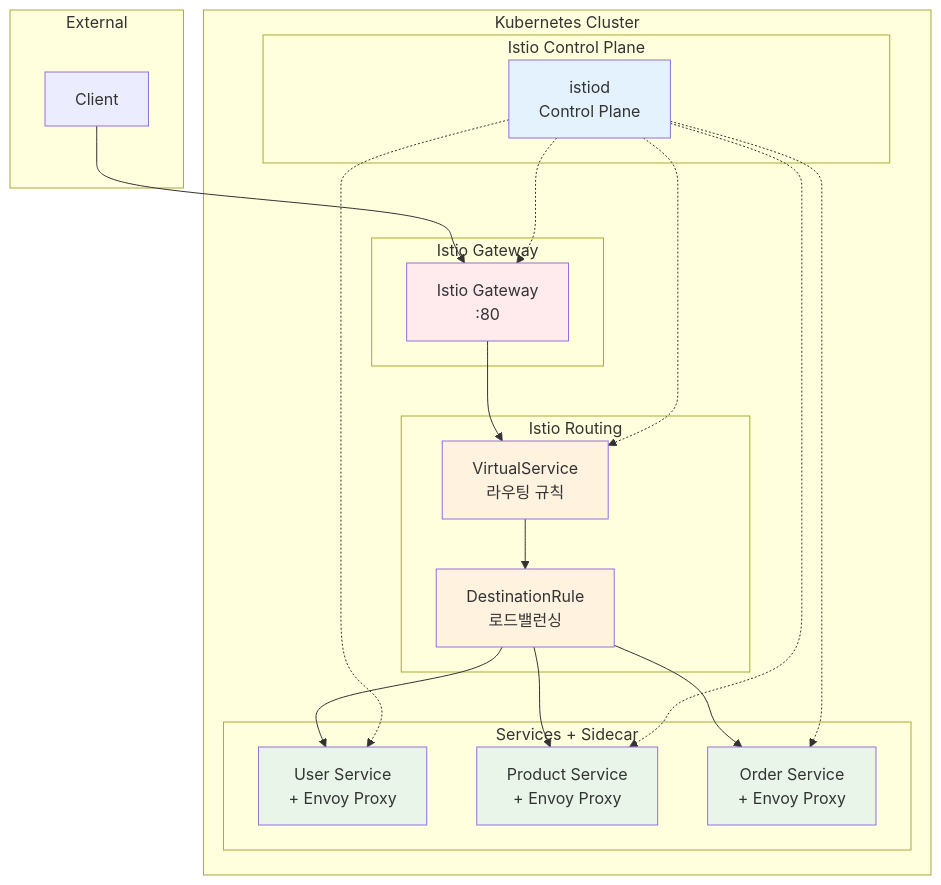
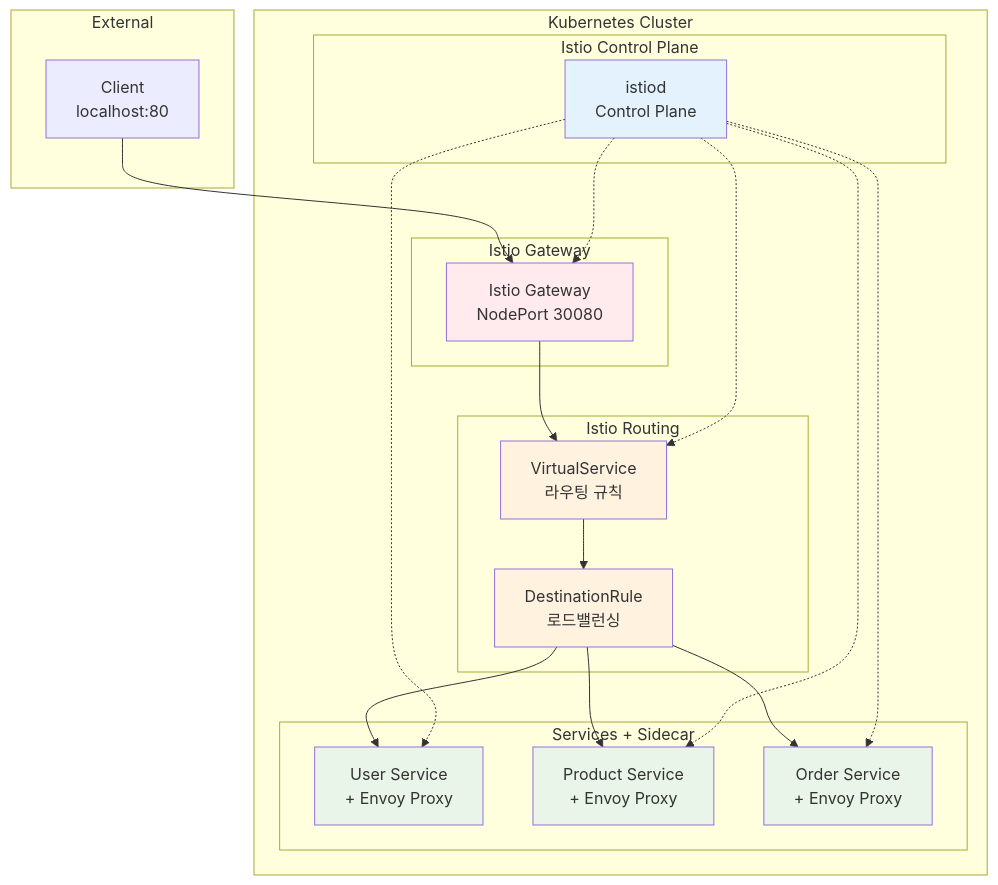
One commit to niceguy61/kdt_devops_lecture_2025 changed the diagram in theory/week_04/day2/lab_1.md. Above: the diagram before and after it, drawn with Mermaid. The commit also changed other lines of this file, not shown here.

````diff
--- a/theory/week_04/day2/lab_1.md
+++ b/theory/week_04/day2/lab_1.md
@@ -37,48 +37,48 @@
 ```mermaid
 graph TB
     subgraph "External"
-        C[Client]
+        C[Client<br/>localhost:80]
     end
     
     subgraph "Kubernetes Cluster"
         subgraph "Istio Control Plane"
             ISTIOD[istiod<br/>Control Plane]
         end
         
         subgraph "Istio Gateway"
-            IG[Istio Gateway<br/>:80]
+            IG[Istio Gateway<br/>NodePort 30080]
         end
         
         subgraph "Istio Routing"
             VS[VirtualService<br/>라우팅 규칙]
             DR[DestinationRule<br/>로드밸런싱]
         end
         
         subgraph "Services + Sidecar"
             US[User Service<br/>+ Envoy Proxy]
             PS[Product Service<br/>+ Envoy Proxy]
             OS[Order Service<br/>+ Envoy Proxy]
         end
     end
     
     C --> IG
     IG --> VS
     VS --> DR
     DR --> US
     DR --> PS
     DR --> OS
     
     ISTIOD -.-> IG
     ISTIOD -.-> VS
     ISTIOD -.-> US
     ISTIOD -.-> PS
     ISTIOD -.-> OS
     
     style ISTIOD fill:#e3f2fd
     style IG fill:#ffebee
     style VS fill:#fff3e0
     style DR fill:#fff3e0
     style US fill:#e8f5e8
     style PS fill:#e8f5e8
     style OS fill:#e8f5e8
 ```
````
